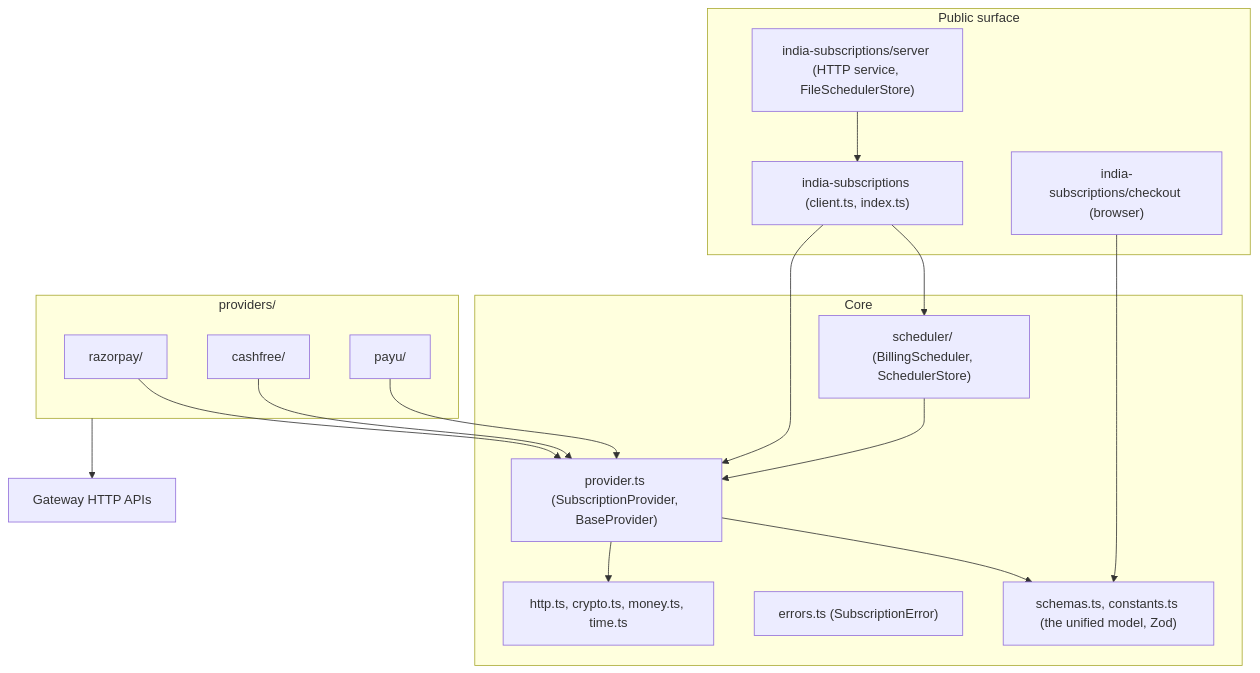
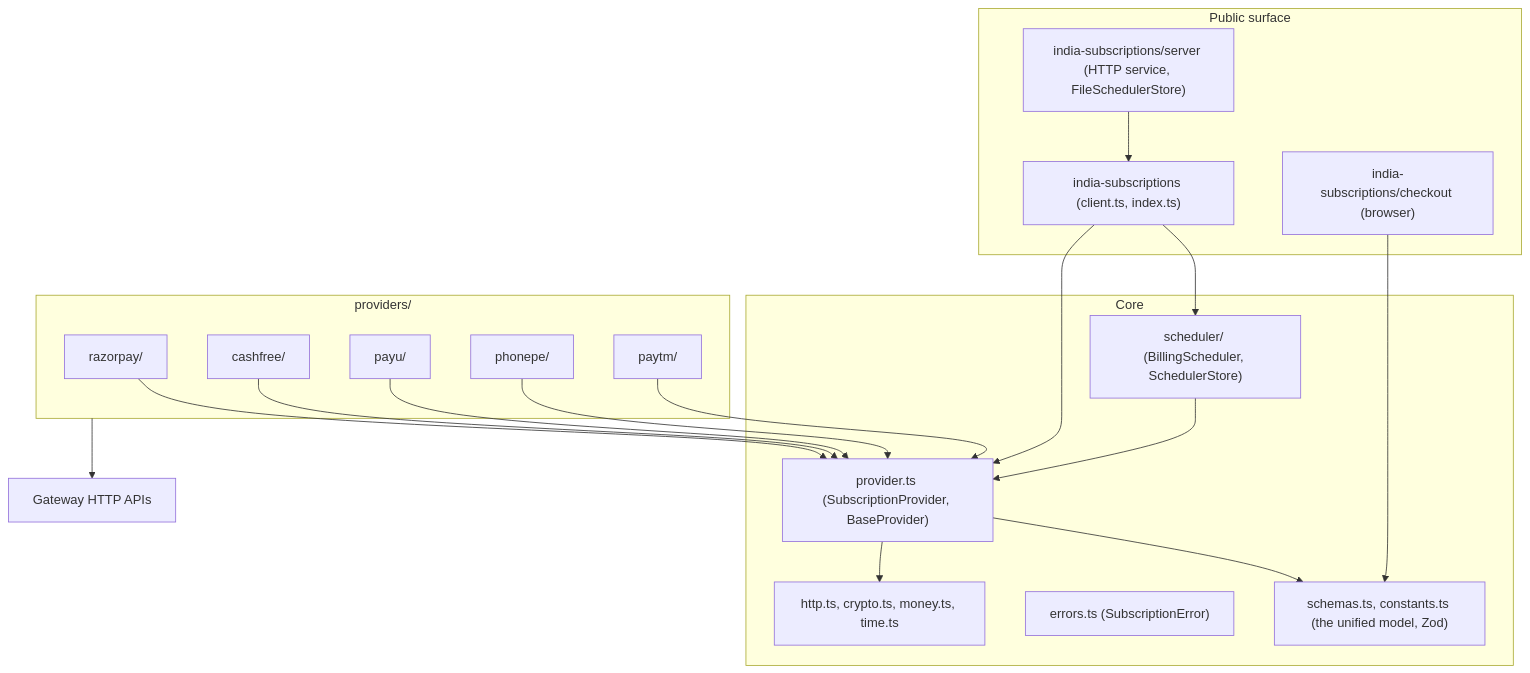
One commit to arjun-vegeta/india-subscriptions changed the diagram in docs/contributing/architecture.md. Above: the diagram before and after it, drawn with Mermaid. The commit also changed 2 other files, not shown here.

Commit message:
Snapshot docs and integration tests in progress
Files are still being written by parallel builders; this commit only
preserves progress and is not expected to pass tests.

````diff
--- a/docs/contributing/architecture.md
+++ b/docs/contributing/architecture.md
@@ -7,31 +7,35 @@
 ```mermaid
 flowchart TB
   subgraph Public["Public surface"]
     Main["india-subscriptions (client.ts, index.ts)"]
     Server["india-subscriptions/server (HTTP service, FileSchedulerStore)"]
     Checkout["india-subscriptions/checkout (browser)"]
   end
   subgraph Core["Core"]
     Schemas["schemas.ts, constants.ts (the unified model, Zod)"]
     Errors["errors.ts (SubscriptionError)"]
     Sched["scheduler/ (BillingScheduler, SchedulerStore)"]
     Provider["provider.ts (SubscriptionProvider, BaseProvider)"]
     Http["http.ts, crypto.ts, money.ts, time.ts"]
   end
   subgraph Adapters["providers/"]
     RZP["razorpay/"]
     CF["cashfree/"]
     PU["payu/"]
+    PP["phonepe/"]
+    PT["paytm/"]
   end
   Main --> Sched
   Main --> Provider
   Server --> Main
   Checkout --> Schemas
   Sched --> Provider
   Provider --> Schemas
   Provider --> Http
   RZP --> Provider
   CF --> Provider
   PU --> Provider
+  PP --> Provider
+  PT --> Provider
   Adapters --> Gateways["Gateway HTTP APIs"]
 ```
````
